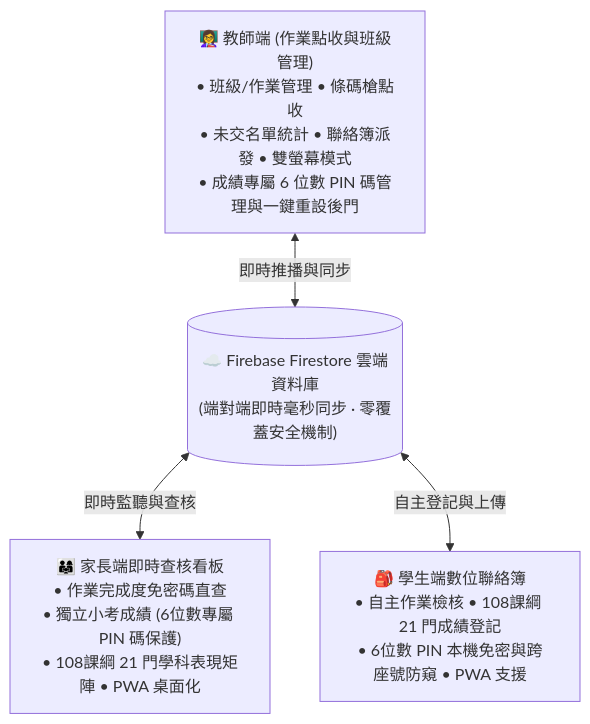
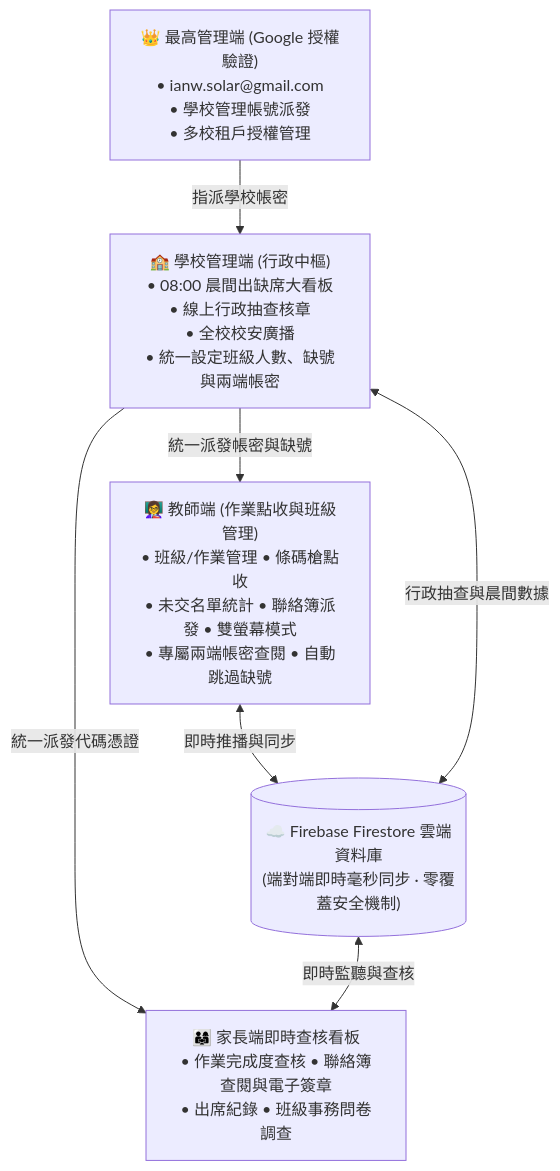
One commit to ian1021228/homework_checker3.0_dev changed the diagram in README.md. Above: the diagram before and after it, drawn with Mermaid. The commit also changed other lines of this file and 5 other files, not shown here.

````diff
--- a/README.md
+++ b/README.md
@@ -12,11 +14,15 @@
 ```mermaid
 flowchart TD
-    Teacher["👩‍🏫 教師端 (作業點收與班級管理)\n• 班級/作業管理 • 條碼槍點收\n• 未交名單統計 • 聯絡簿派發 • 雙螢幕模式\n• 成績專屬 6 位數 PIN 碼管理與一鍵重設後門"]
+    SuperAdmin["👑 最高管理端 (Google 授權驗證)\n• ianw.solar@gmail.com\n• 學校管理帳號派發\n• 多校租戶授權管理"]
+    SchoolAdmin["🏫 學校管理端 (行政中樞)\n• 08:00 晨間出缺席大看板\n• 線上行政抽查核章\n• 全校校安廣播\n• 統一設定班級人數、缺號與兩端帳密"]
+    Teacher["👩‍🏫 教師端 (作業點收與班級管理)\n• 班級/作業管理 • 條碼槍點收\n• 未交名單統計 • 聯絡簿派發 • 雙螢幕模式\n• 專屬兩端帳密查閱 • 自動跳過缺號"]
     Firebase[("☁️ Firebase Firestore 雲端資料庫\n(端對端即時毫秒同步 · 零覆蓋安全機制)")]
-    Parent["👨‍👩‍👧 家長端即時查核看板\n• 作業完成度免密碼直查\n• 獨立小考成績 (6位數專屬 PIN 碼保護)\n• 108課綱 21 門學科表現矩陣 • PWA 桌面化"]
-    Student["🎒 學生端數位聯絡簿\n• 自主作業檢核 • 108課綱 21 門成績登記\n• 6位數 PIN 本機免密與跨座號防窺 • PWA 支援"]
+    Parent["👨‍👩‍👧 家長端即時查核看板\n• 作業完成度查核 • 聯絡簿查閱與電子簽章\n• 出席紀錄 • 班級事務問卷調查"]
 
+    SuperAdmin -->|指派學校帳密| SchoolAdmin
+    SchoolAdmin -->|統一派發帳密與缺號| Teacher
+    SchoolAdmin -->|統一派發代碼憑證| Parent
     Teacher <-->|即時推播與同步| Firebase
     Firebase <-->|即時監聽與查核| Parent
-    Firebase <-->|自主登記與上傳| Student
+    SchoolAdmin <-->|行政抽查與晨間數據| Firebase
 ```
````
